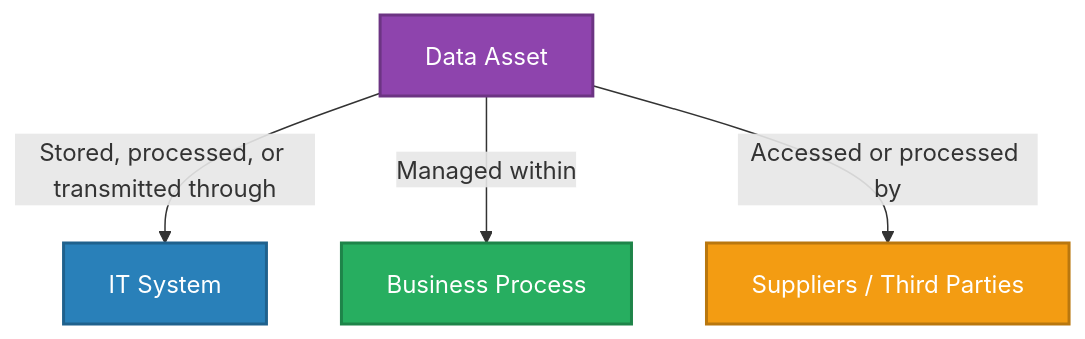
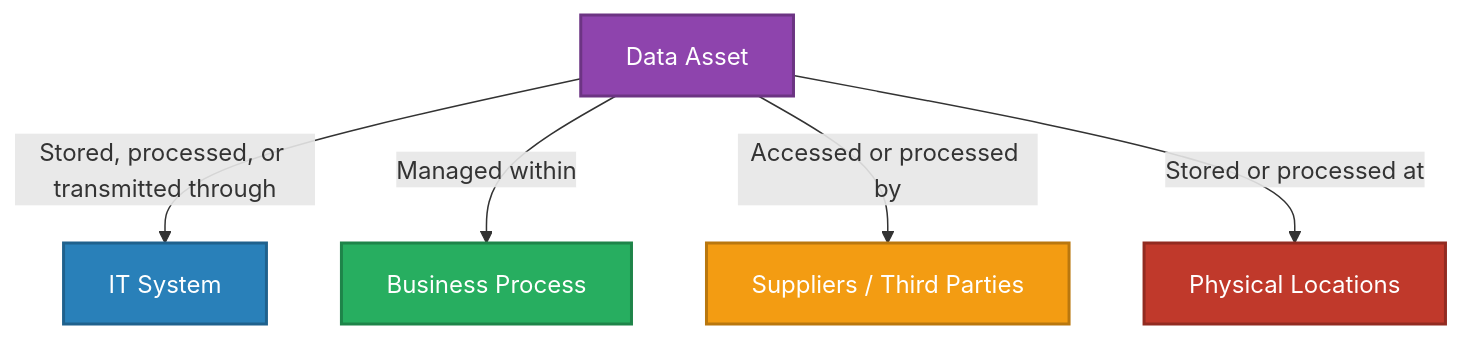
Before and after one commit to rodolfo-lopez-GRC/grc4ciso: the second of 5 diagrams in grc4ciso_readme.md, drawn with Mermaid. The commit also changed other lines of this file, not shown here.

Commit message:
Add physical locations to data asset diagram

````diff
--- a/grc4ciso_readme.md
+++ b/grc4ciso_readme.md
@@ -107,20 +108,23 @@
 ```mermaid
 flowchart TD
     %% Style definitions
     classDef data fill:#8e44ad,color:#ffffff,stroke:#6c3483,stroke-width:2px
     classDef system fill:#2980b9,color:#ffffff,stroke:#1f618d,stroke-width:2px
     classDef process fill:#27ae60,color:#ffffff,stroke:#1e8449,stroke-width:2px
     classDef supplier fill:#f39c12,color:#ffffff,stroke:#b9770e,stroke-width:2px
+    classDef location fill:#c0392b,color:#ffffff,stroke:#922b21,stroke-width:2px
 
     %% Nodes
     DATA["Data Asset"]:::data
     SYSTEM["IT System"]:::system
     PROCESS["Business Process"]:::process
     SUPPLIER["Suppliers / Third Parties"]:::supplier
+    LOCATION["Physical Locations"]:::location
 
     %% Relationships
     DATA -->|"Stored, processed, or transmitted through"| SYSTEM
     DATA -->|"Managed within"| PROCESS
     DATA -->|"Accessed or processed by"| SUPPLIER
+    DATA -->|"Stored or processed at"| LOCATION
 
 ```
````
